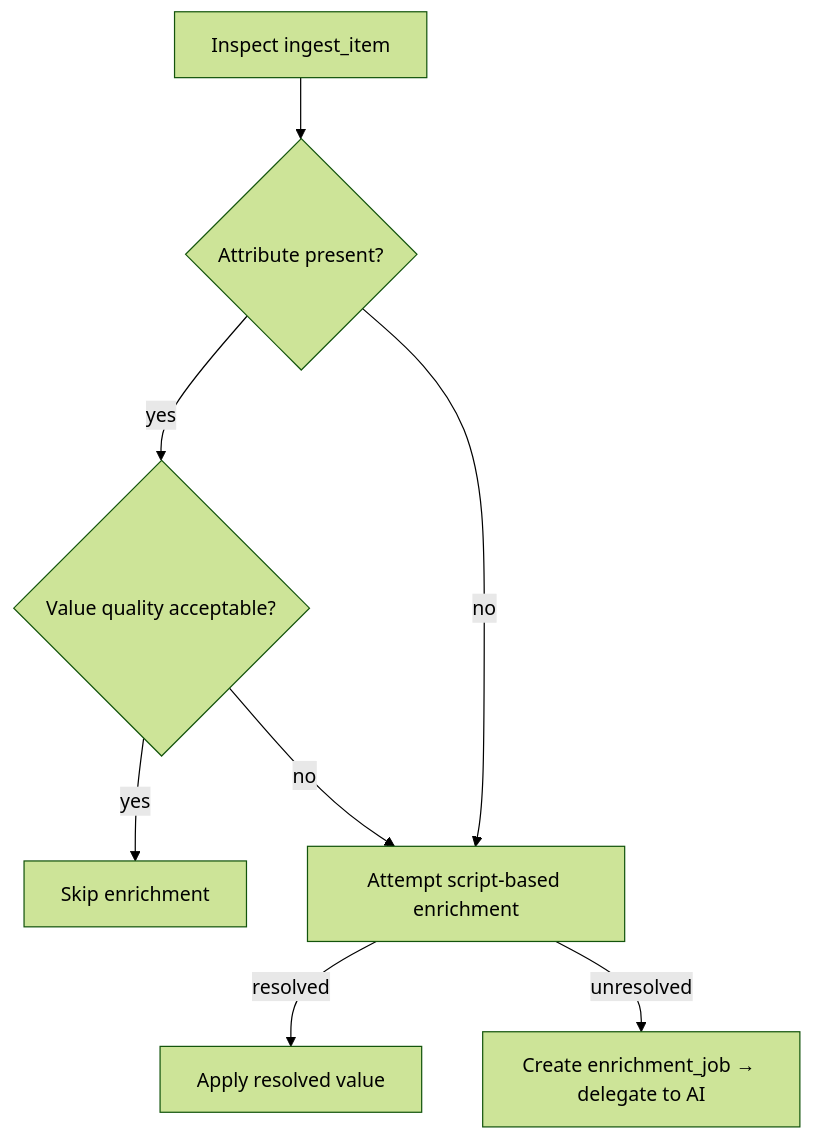
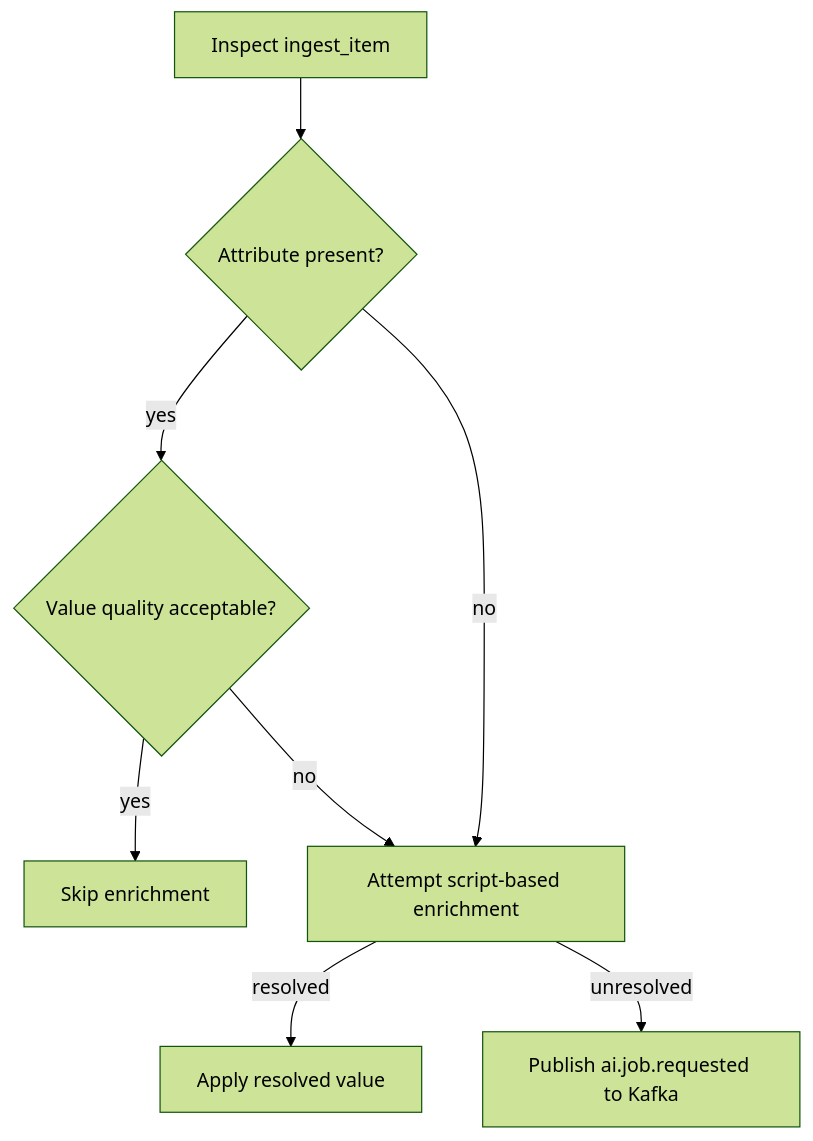
The fourth of 12 diagrams in monstrino-docs/docs/pipelines/data-ingestion/catalog-ingest/03-catalog-data-enricher.md (MafiaCoconut/Monstrino), drawn with Mermaid (forest theme) before and after one commit. The commit also changed other lines of this file and 68 other files, not shown here.

````diff
--- a/monstrino-docs/docs/pipelines/data-ingestion/catalog-ingest/03-catalog-data-enricher.md
+++ b/monstrino-docs/docs/pipelines/data-ingestion/catalog-ingest/03-catalog-data-enricher.md
@@ -212,14 +211,14 @@
 ```mermaid
 flowchart TD
 
 A[Inspect ingest_item] --> B{Attribute present?}
 
 B -->|yes| D{Value quality acceptable?}
 D -->|yes| E[Skip enrichment]
 D -->|no| F[Attempt script-based enrichment]
 
 B -->|no| F
 
 F -->|resolved| G[Apply resolved value]
-F -->|unresolved| H[Create enrichment_job → delegate to AI]
+F -->|unresolved| H[Publish ai.job.requested to Kafka]
 ```
````
